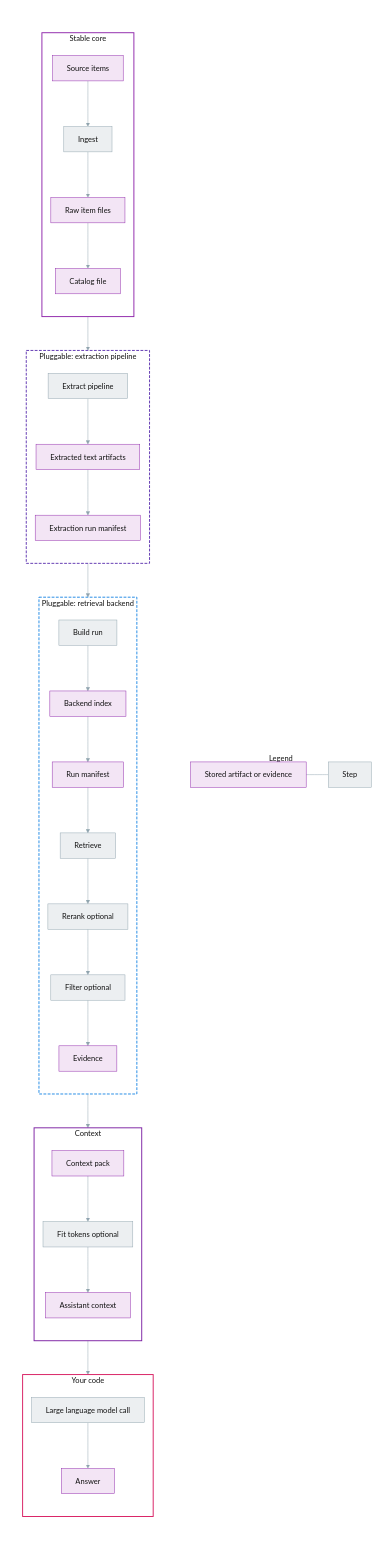
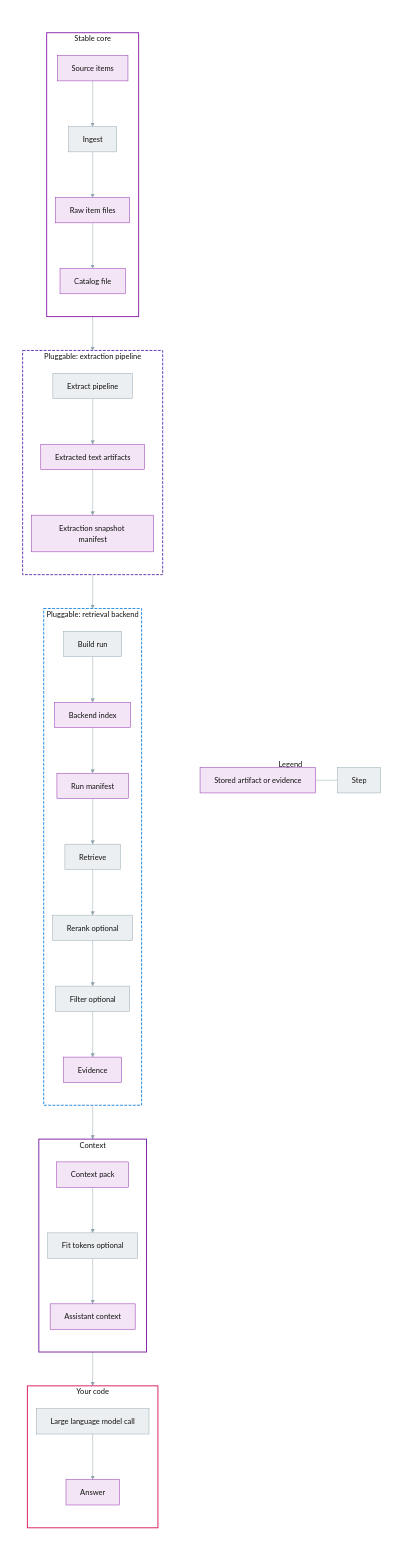
Before and after one commit to AnthusAI/Biblicus: the third of 3 diagrams in README.md, drawn with Mermaid. The commit also changed other lines of this file and 241 other files, not shown here.

````diff
--- a/README.md
+++ b/README.md
@@ -348,76 +348,76 @@
 ```mermaid
 %%{init: {"theme": "base", "themeVariables": {"primaryColor": "#f3e5f5", "primaryTextColor": "#111111", "primaryBorderColor": "#8e24aa", "lineColor": "#90a4ae", "secondaryColor": "#eceff1", "tertiaryColor": "#ffffff"}, "flowchart": {"useMaxWidth": true, "nodeSpacing": 18, "rankSpacing": 22}}}%%
 flowchart TB
   subgraph Legend[Legend]
     direction LR
     LegendArtifact[Stored artifact or evidence]
     LegendStep[Step]
     LegendArtifact --- LegendStep
   end
 
   subgraph Main[" "]
     direction TB
 
     subgraph Pipeline[" "]
       direction TB
 
       subgraph RowStable[Stable core]
         direction TB
         Source[Source items] --> Ingest[Ingest] --> Raw[Raw item files] --> Catalog[Catalog file]
       end
 
       subgraph RowExtraction[Pluggable: extraction pipeline]
         direction TB
-        Catalog --> Extract[Extract pipeline] --> ExtractedText[Extracted text artifacts] --> ExtractionRun[Extraction run manifest]
+        Catalog --> Extract[Extract pipeline] --> ExtractedText[Extracted text artifacts] --> ExtractionRun[Extraction snapshot manifest]
       end
 
       subgraph RowRetrieval[Pluggable: retrieval backend]
         direction TB
         ExtractionRun --> Build[Build run] --> BackendIndex[Backend index] --> Run[Run manifest] --> Retrieve[Retrieve] --> Rerank[Rerank optional] --> Filter[Filter optional] --> Evidence[Evidence]
       end
 
       subgraph RowContext[Context]
         direction TB
         Evidence --> ContextPack[Context pack] --> FitTokens[Fit tokens optional] --> Context[Assistant context]
       end
 
       subgraph RowYourCode[Your code]
         direction TB
         Context --> Model[Large language model call] --> Answer[Answer]
       end
     end
 
     style RowStable fill:#ffffff,stroke:#8e24aa,stroke-width:2px,color:#111111
     style RowExtraction fill:#ffffff,stroke:#5e35b1,stroke-dasharray:6 3,stroke-width:2px,color:#111111
     style RowRetrieval fill:#ffffff,stroke:#1e88e5,stroke-dasharray:6 3,stroke-width:2px,color:#111111
     style RowContext fill:#ffffff,stroke:#7b1fa2,stroke-width:2px,color:#111111
     style RowYourCode fill:#ffffff,stroke:#d81b60,stroke-width:2px,color:#111111
 
     style Raw fill:#f3e5f5,stroke:#8e24aa,color:#111111
     style Catalog fill:#f3e5f5,stroke:#8e24aa,color:#111111
     style ExtractedText fill:#f3e5f5,stroke:#8e24aa,color:#111111
     style ExtractionRun fill:#f3e5f5,stroke:#8e24aa,color:#111111
     style BackendIndex fill:#f3e5f5,stroke:#8e24aa,color:#111111
     style Run fill:#f3e5f5,stroke:#8e24aa,color:#111111
     style Evidence fill:#f3e5f5,stroke:#8e24aa,color:#111111
     style ContextPack fill:#f3e5f5,stroke:#8e24aa,color:#111111
     style Context fill:#f3e5f5,stroke:#8e24aa,color:#111111
     style Answer fill:#f3e5f5,stroke:#8e24aa,color:#111111
     style Source fill:#f3e5f5,stroke:#8e24aa,color:#111111
 
     style Ingest fill:#eceff1,stroke:#90a4ae,color:#111111
     style Extract fill:#eceff1,stroke:#90a4ae,color:#111111
     style Build fill:#eceff1,stroke:#90a4ae,color:#111111
     style Retrieve fill:#eceff1,stroke:#90a4ae,color:#111111
     style Rerank fill:#eceff1,stroke:#90a4ae,color:#111111
     style Filter fill:#eceff1,stroke:#90a4ae,color:#111111
     style FitTokens fill:#eceff1,stroke:#90a4ae,color:#111111
     style Model fill:#eceff1,stroke:#90a4ae,color:#111111
   end
 
   style Legend fill:#ffffff,stroke:#ffffff,color:#111111
   style Main fill:#ffffff,stroke:#ffffff,color:#111111
   style Pipeline fill:#ffffff,stroke:#ffffff,color:#111111
   style LegendArtifact fill:#f3e5f5,stroke:#8e24aa,color:#111111
   style LegendStep fill:#eceff1,stroke:#90a4ae,color:#111111
 ```
````
